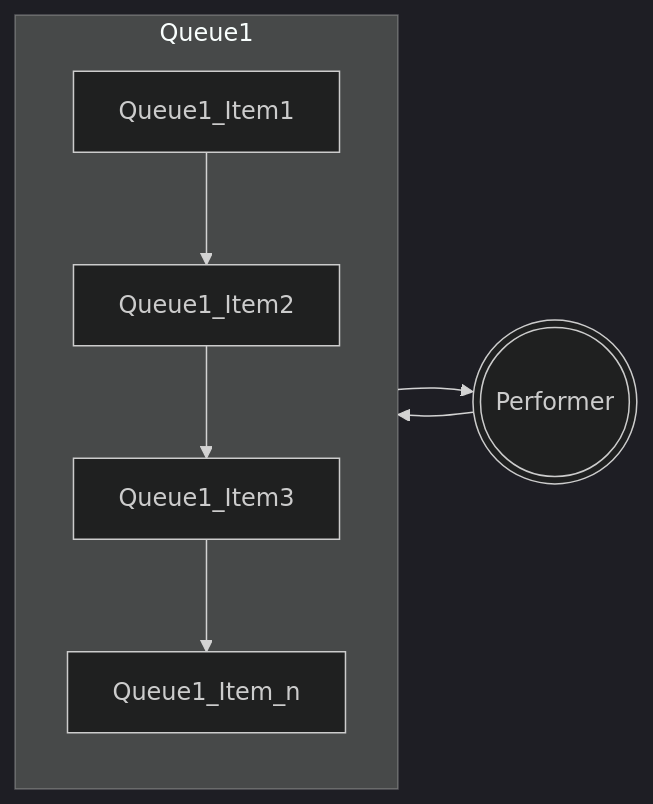
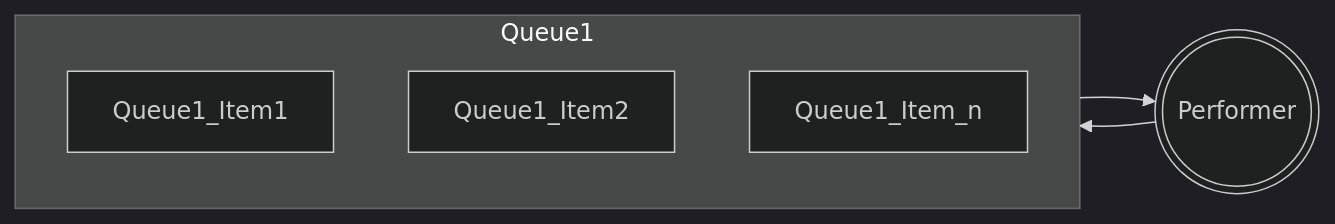
One commit to IvanDS-OF/Power-Automate---Repo---Documentation changed the fifth of 5 diagrams in Readme.md. Above: the diagram before and after it, drawn with Mermaid (dark theme). The commit also changed other lines of this file, not shown here.

Commit message:
Finxing org in the main doc

````diff
--- a/Readme.md
+++ b/Readme.md
@@ -363,12 +361,14 @@
 ```mermaid
 flowchart LR
     id1(((Performer)))
 
     subgraph Queue1
-    Queue1_Item1 --> Queue1_Item2 -->  Queue1_Item3 --> Queue1_Item_n
+    Queue1_Item1  
+    Queue1_Item2 
+    Queue1_Item_n
     end
 
     Queue1 --> id1
     id1 --> Queue1
 
 ```
````
